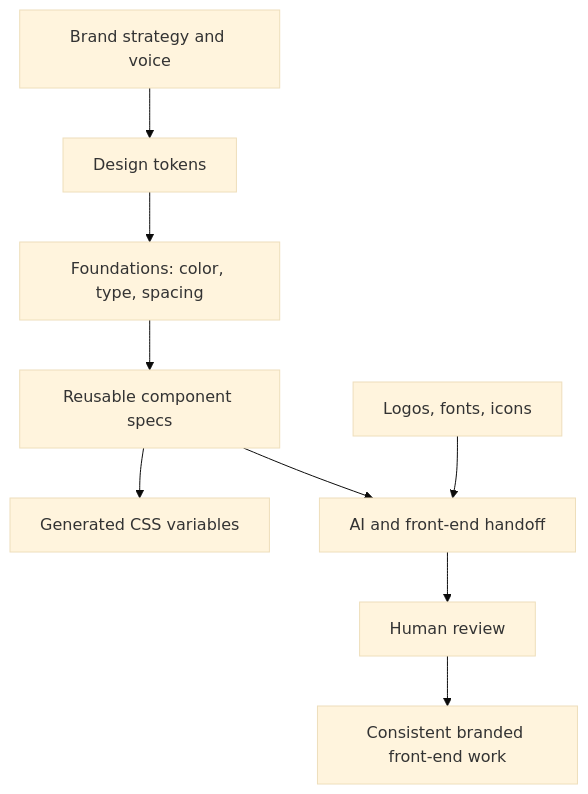
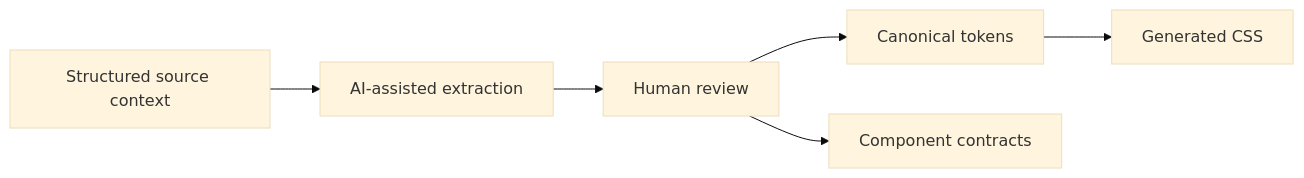
Before and after one commit to silvermanjared-web/brand-design-system-starter: the diagram in README.md, drawn with Mermaid (base theme). The commit also changed other lines of this file, not shown here.

Commit message:
Mark standalone design-system repo as historical reference (#13)

````diff
--- a/README.md
+++ b/README.md
@@ -32,11 +24,8 @@
 ```mermaid
-flowchart TD
-    Brand[Brand strategy and voice] --> Tokens[Design tokens]
-    Tokens --> Foundations[Foundations: color, type, spacing]
-    Foundations --> Components[Reusable component specs]
-    Components --> CSS[Generated CSS variables]
-    Components --> Handoff[AI and front-end handoff]
-    Assets[Logos, fonts, icons] --> Handoff
-    Handoff --> Review[Human review]
-    Review --> Implementation[Consistent branded front-end work]
+flowchart LR
+    Context[Structured source context] --> Extract[AI-assisted extraction]
+    Extract --> Review[Human review]
+    Review --> Tokens[Canonical tokens]
+    Tokens --> CSS[Generated CSS]
+    Review --> Components[Component contracts]
 ```
````
